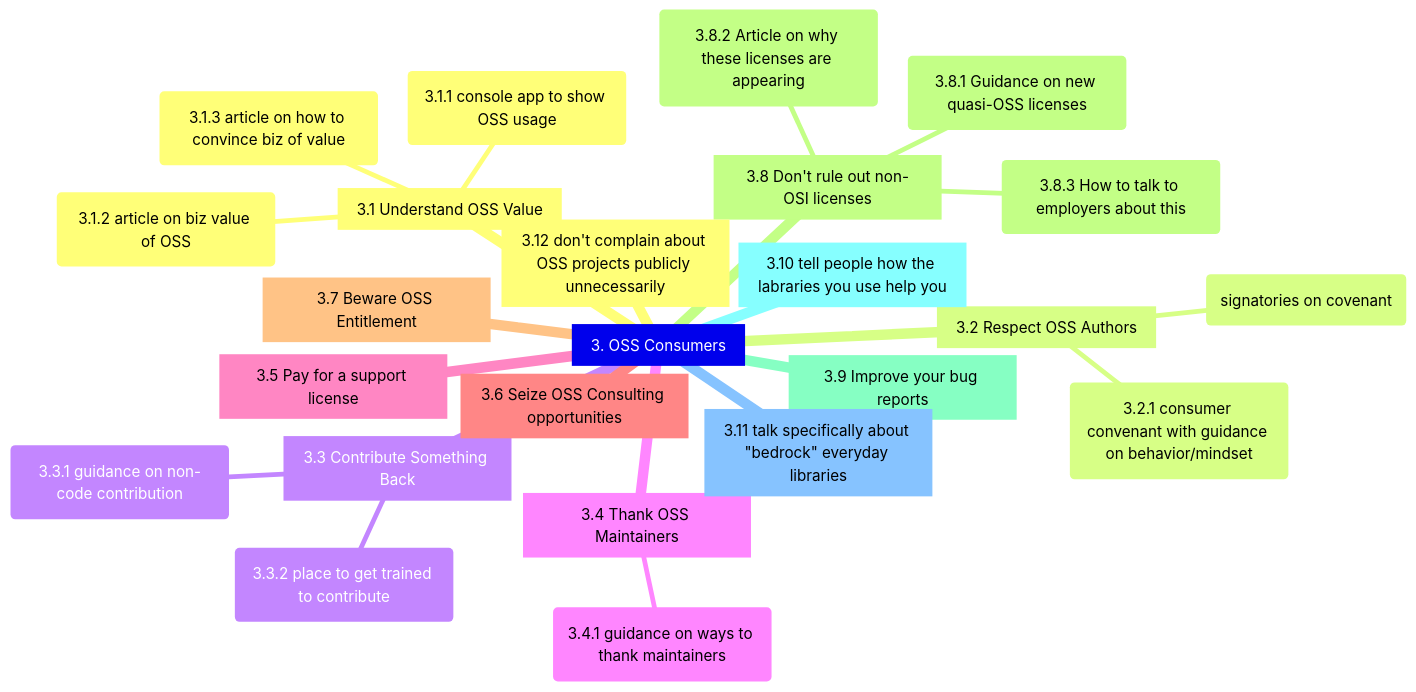
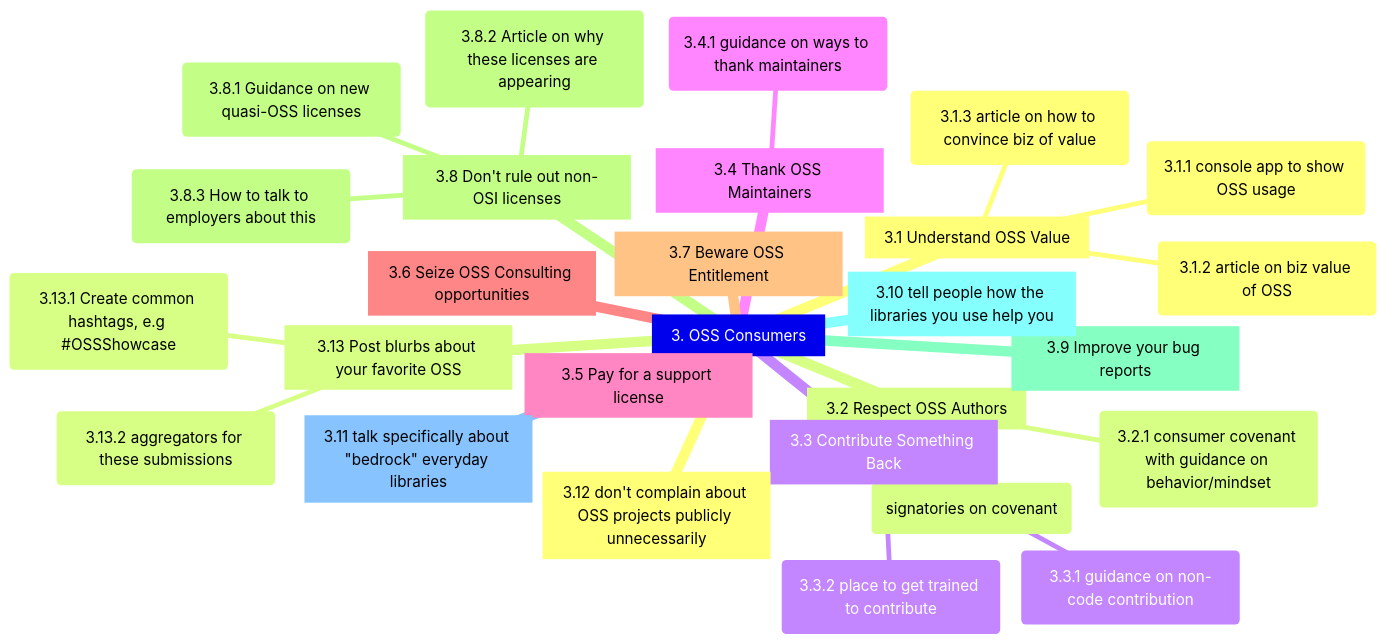
The third of 9 diagrams in README.md (AWiderDotNET/home), drawn with Mermaid before and after one commit. The commit also changed other lines of this file, not shown here.

````diff
--- a/README.md
+++ b/README.md
@@ -88,27 +88,30 @@
 ```mermaid
 mindmap
   3[3. OSS Consumers]
     3.1[3.1 Understand OSS Value]
       3.1.1(3.1.1 console app to show OSS usage)
       3.1.2(3.1.2 article on biz value of OSS)
       3.1.3(3.1.3 article on how to convince biz of value)
     3.2[3.2 Respect OSS Authors]
-      3.2.1(3.2.1 consumer convenant with guidance on behavior/mindset)
+      3.2.1(3.2.1 consumer covenant with guidance on behavior/mindset)
       3.2.2(signatories on covenant)
     3.3[3.3 Contribute Something Back]
       3.3.1(3.3.1 guidance on non-code contribution)
       3.3.2(3.3.2 place to get trained to contribute)
     3.4[3.4 Thank OSS Maintainers]
       3.4.1(3.4.1 guidance on ways to thank maintainers)
     3.5[3.5 Pay for a support license]
     3.6[3.6 Seize OSS Consulting opportunities]
     3.7[3.7 Beware OSS Entitlement]
     3.8[3.8 Don't rule out non-OSI licenses]
       3.8.1(3.8.1 Guidance on new quasi-OSS licenses)
       3.8.2(3.8.2 Article on why these licenses are appearing)
       3.8.3(3.8.3 How to talk to employers about this)
     3.9[3.9 Improve your bug reports]
-    3.10[3.10 tell people how the labraries you use help you]
+    3.10[3.10 tell people how the libraries you use help you]
     3.11[3.11 talk specifically about "bedrock" everyday libraries]
     3.12[3.12 don't complain about OSS projects publicly unnecessarily]
+    3.13[3.13 Post blurbs about your favorite OSS]
+      3.13.1(3.13.1 Create common hashtags, e.g #OSSShowcase)
+      3.13.2(3.13.2 aggregators for these submissions)
 ```
````
